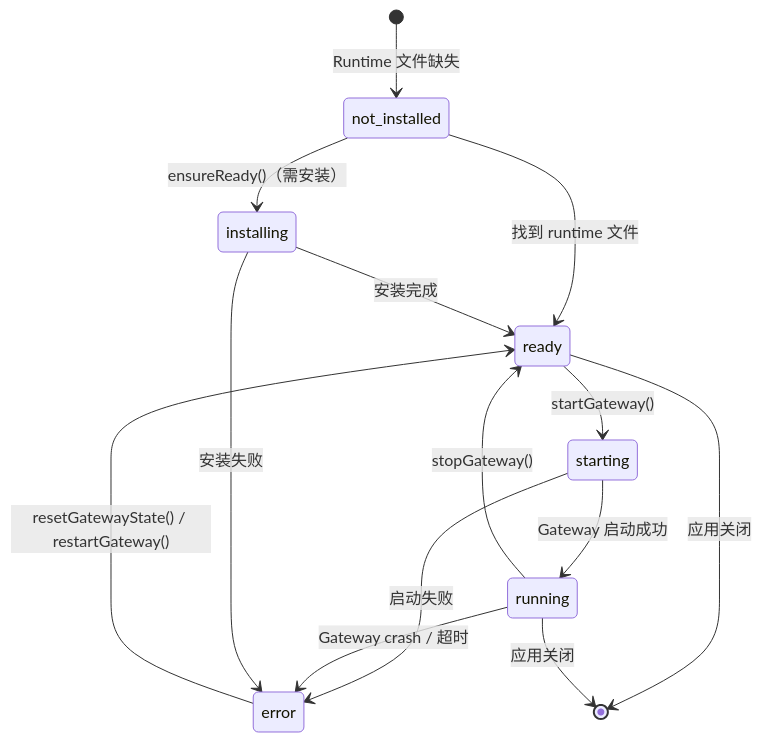
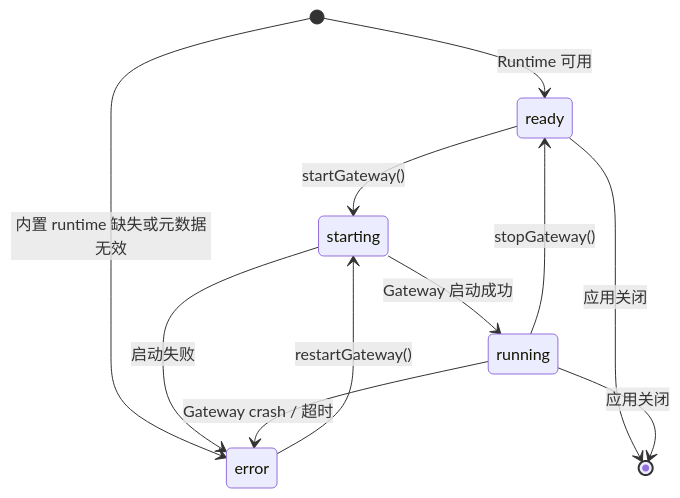
The diagram in docs/architecture/05-agent-engine.md (liangxhao/JustDo), drawn with Mermaid before and after one commit. The commit also changed other lines of this file and 19 other files, not shown here.

Commit message:
fix(engine): clean up OpenClaw gateway startup flows

````diff
--- a/docs/architecture/05-agent-engine.md
+++ b/docs/architecture/05-agent-engine.md
@@ -106,16 +104,13 @@
 ```mermaid
 stateDiagram-v2
-  [*] --> not_installed: Runtime 文件缺失
-  not_installed --> ready: 找到 runtime 文件
-  not_installed --> installing: ensureReady()（需安装）
-  installing --> ready: 安装完成
+  [*] --> ready: Runtime 可用
+  [*] --> error: 内置 runtime 缺失或元数据无效
   ready --> starting: startGateway()
   starting --> running: Gateway 启动成功
   starting --> error: 启动失败
   running --> error: Gateway crash / 超时
   running --> ready: stopGateway()
-  error --> ready: resetGatewayState() / restartGateway()
-  installing --> error: 安装失败
+  error --> starting: restartGateway()
   ready --> [*]: 应用关闭
   running --> [*]: 应用关闭
 ```
````
